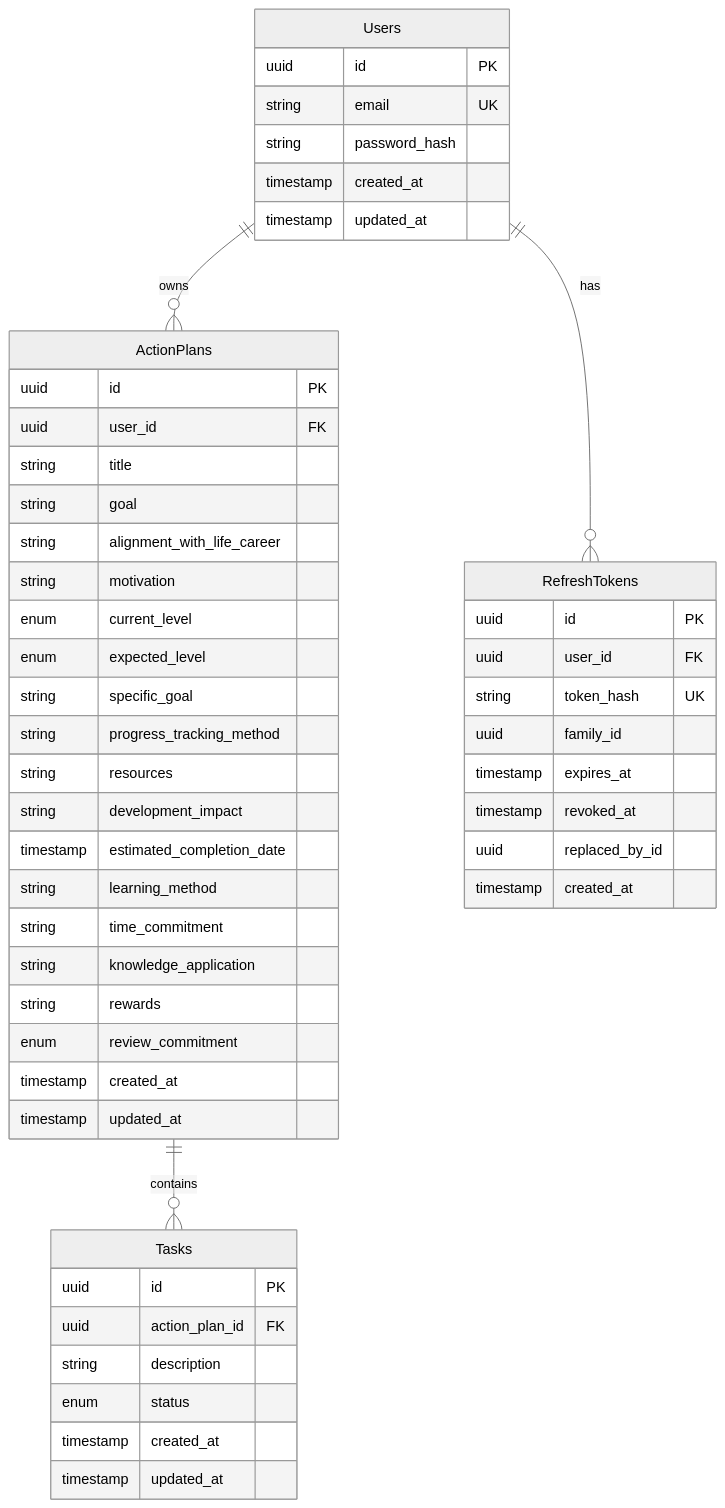
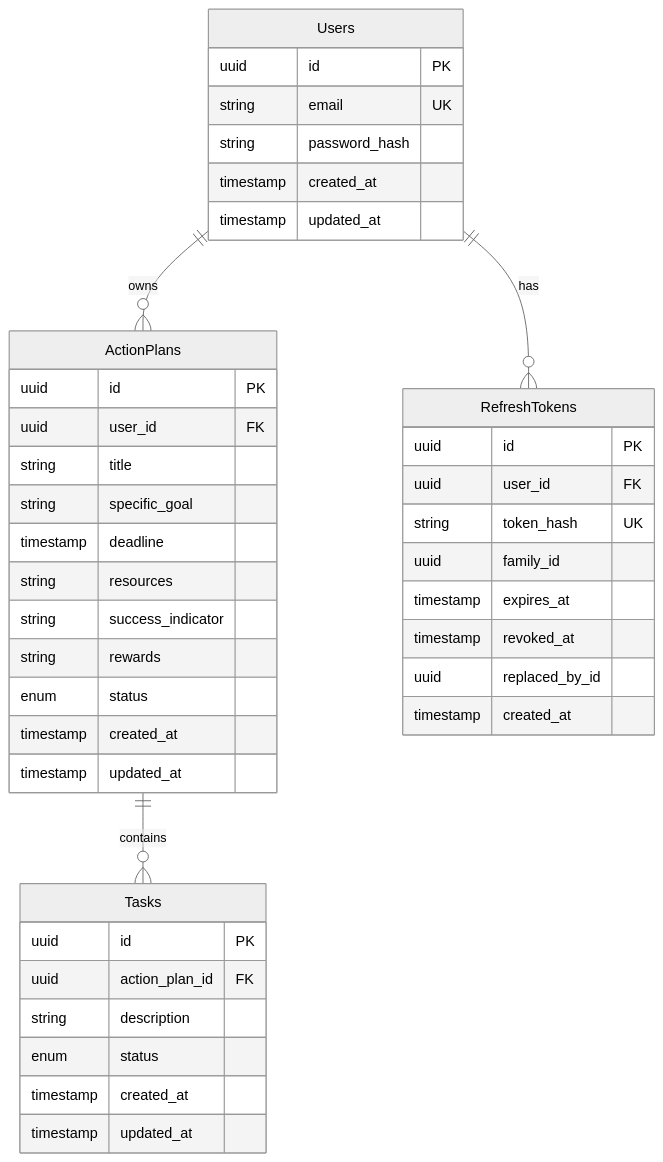
The diagram in docs/domain.md (gdlopes/pdp-backend), drawn with Mermaid (neutral theme) before and after one commit. The commit also changed other lines of this file and 41 other files, not shown here.

````diff
--- a/docs/domain.md
+++ b/docs/domain.md
@@ -15,57 +15,48 @@
 ```mermaid
 erDiagram
   Users ||--o{ ActionPlans : owns
   Users ||--o{ RefreshTokens : has
   ActionPlans ||--o{ Tasks : contains
 
   Users {
     uuid id PK
     string email UK
     string password_hash
     timestamp created_at
     timestamp updated_at
   }
 
   RefreshTokens {
     uuid id PK
     uuid user_id FK
     string token_hash UK
     uuid family_id
     timestamp expires_at
     timestamp revoked_at
     uuid replaced_by_id
     timestamp created_at
   }
 
   ActionPlans {
     uuid id PK
     uuid user_id FK
     string title
-    string goal
-    string alignment_with_life_career
-    string motivation
-    enum current_level
-    enum expected_level
     string specific_goal
-    string progress_tracking_method
+    timestamp deadline
     string resources
-    string development_impact
-    timestamp estimated_completion_date
-    string learning_method
-    string time_commitment
-    string knowledge_application
+    string success_indicator
     string rewards
-    enum review_commitment
+    enum status
     timestamp created_at
     timestamp updated_at
   }
 
   Tasks {
     uuid id PK
     uuid action_plan_id FK
     string description
     enum status
     timestamp created_at
     timestamp updated_at
   }
 ```
````
